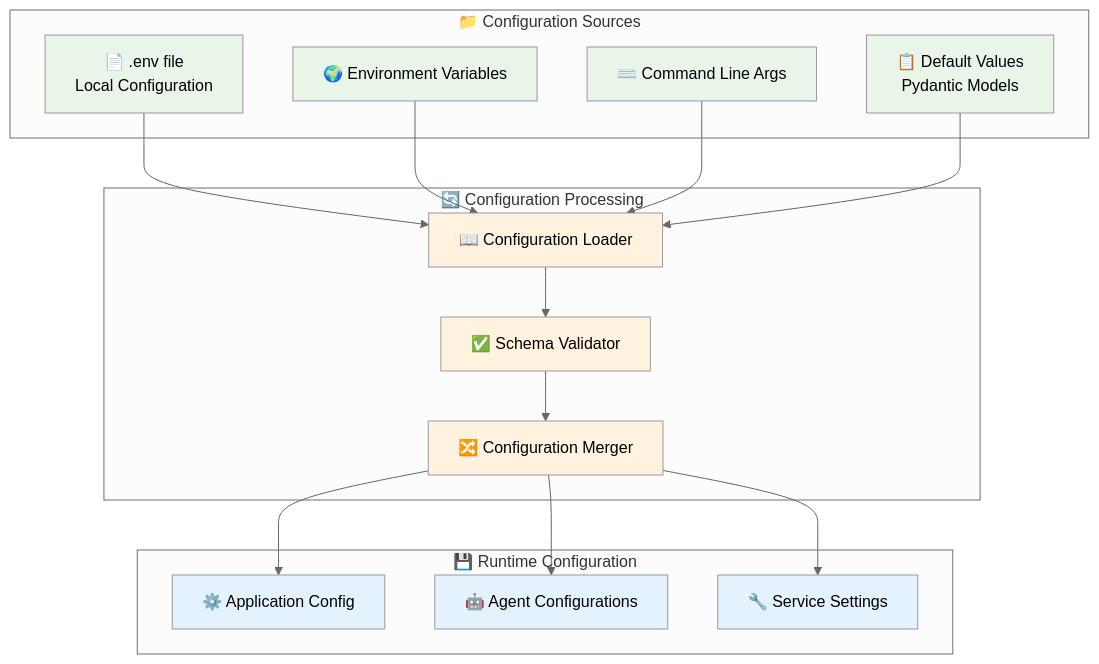
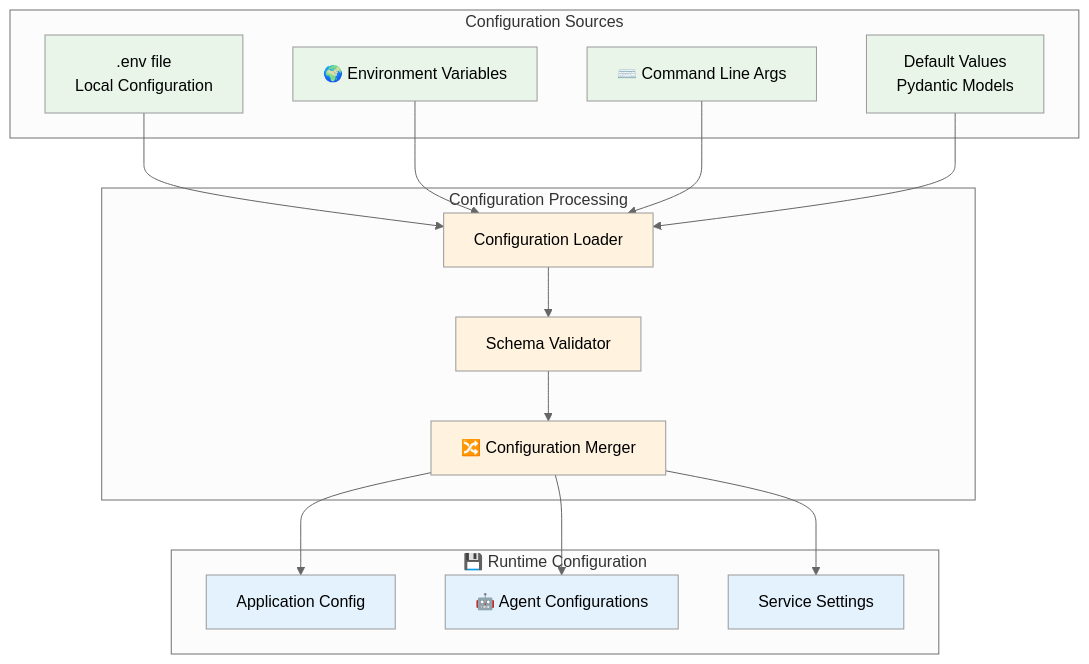
One commit to the-ingenious-dark-knight/Insight_Ingenious changed the tenth of 13 diagrams in docs/architecture/README.md. Above: the diagram before and after it, drawn with Mermaid (neutral theme). The commit also changed other lines of this file and 23 other files, not shown here.

````diff
--- a/docs/architecture/README.md
+++ b/docs/architecture/README.md
@@ -538,40 +538,40 @@
 ```mermaid
 graph TB
-    subgraph "📁 Configuration Sources"
-        ENV_FILE[📄 .env file<br/>Local Configuration]
+    subgraph " Configuration Sources"
+        ENV_FILE[ .env file<br/>Local Configuration]
         ENV_VARS[🌍 Environment Variables]
         CLI_ARGS[⌨️ Command Line Args]
-        DEFAULTS[📋 Default Values<br/>Pydantic Models]
+        DEFAULTS[ Default Values<br/>Pydantic Models]
     end
 
-    subgraph "🔄 Configuration Processing"
-        LOADER[📖 Configuration Loader]
-        VALIDATOR[✅ Schema Validator]
+    subgraph " Configuration Processing"
+        LOADER[ Configuration Loader]
+        VALIDATOR[ Schema Validator]
         MERGER[🔀 Configuration Merger]
     end
 
     subgraph "💾 Runtime Configuration"
-        APP_CONFIG[⚙️ Application Config]
+        APP_CONFIG[ Application Config]
         AGENT_CONFIG[🤖 Agent Configurations]
-        SERVICE_CONFIG[🔧 Service Settings]
+        SERVICE_CONFIG[ Service Settings]
     end
 
     ENV_FILE --> LOADER
     ENV_VARS --> LOADER
     CLI_ARGS --> LOADER
     DEFAULTS --> LOADER
 
     LOADER --> VALIDATOR
     VALIDATOR --> MERGER
     MERGER --> APP_CONFIG
     MERGER --> AGENT_CONFIG
     MERGER --> SERVICE_CONFIG
 
     classDef source fill:#e8f5e8
     classDef process fill:#fff3e0
     classDef runtime fill:#e3f2fd
 
     class ENV_FILE,ENV_VARS,CLI_ARGS,DEFAULTS source
     class LOADER,VALIDATOR,MERGER process
     class APP_CONFIG,AGENT_CONFIG,SERVICE_CONFIG runtime
 ```
````
